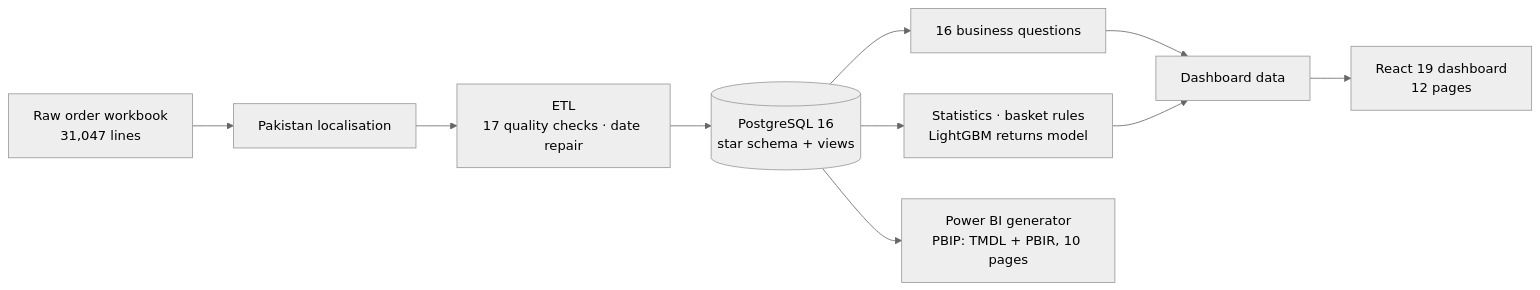
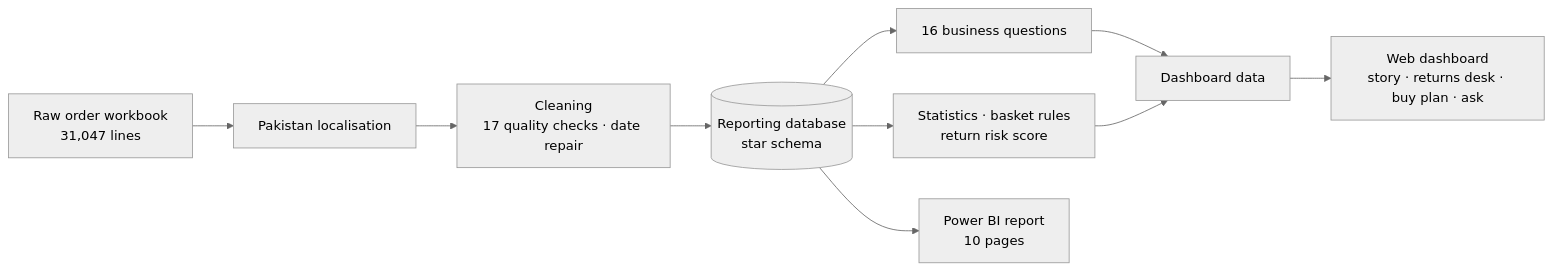
The diagram in README.md (twinstack-studio/threadline), drawn with Mermaid (neutral theme) before and after one commit. The commit also changed other lines of this file and 7 other files, not shown here.

````diff
--- a/README.md
+++ b/README.md
@@ -40,12 +69,12 @@
 ```mermaid
 flowchart LR
   RAW[Raw order workbook<br/>31,047 lines] --> LOC[Pakistan localisation]
-  LOC --> ETL[ETL<br/>17 quality checks · date repair]
-  ETL --> PG[(PostgreSQL 16<br/>star schema + views)]
-  PG --> SQL[16 business questions]
-  PG --> AN[Statistics · basket rules<br/>LightGBM returns model]
+  LOC --> ETL[Cleaning<br/>17 quality checks · date repair]
+  ETL --> DB[(Reporting database<br/>star schema)]
+  DB --> SQL[16 business questions]
+  DB --> AN[Statistics · basket rules<br/>return risk score]
   SQL --> DD[Dashboard data]
   AN --> DD
-  DD --> UI[React 19 dashboard<br/>12 pages]
-  PG --> PBI[Power BI generator<br/>PBIP: TMDL + PBIR, 10 pages]
+  DD --> UI[Web dashboard<br/>story · returns desk · buy plan · ask]
+  DB --> PBI[Power BI report<br/>10 pages]
 ```
````
